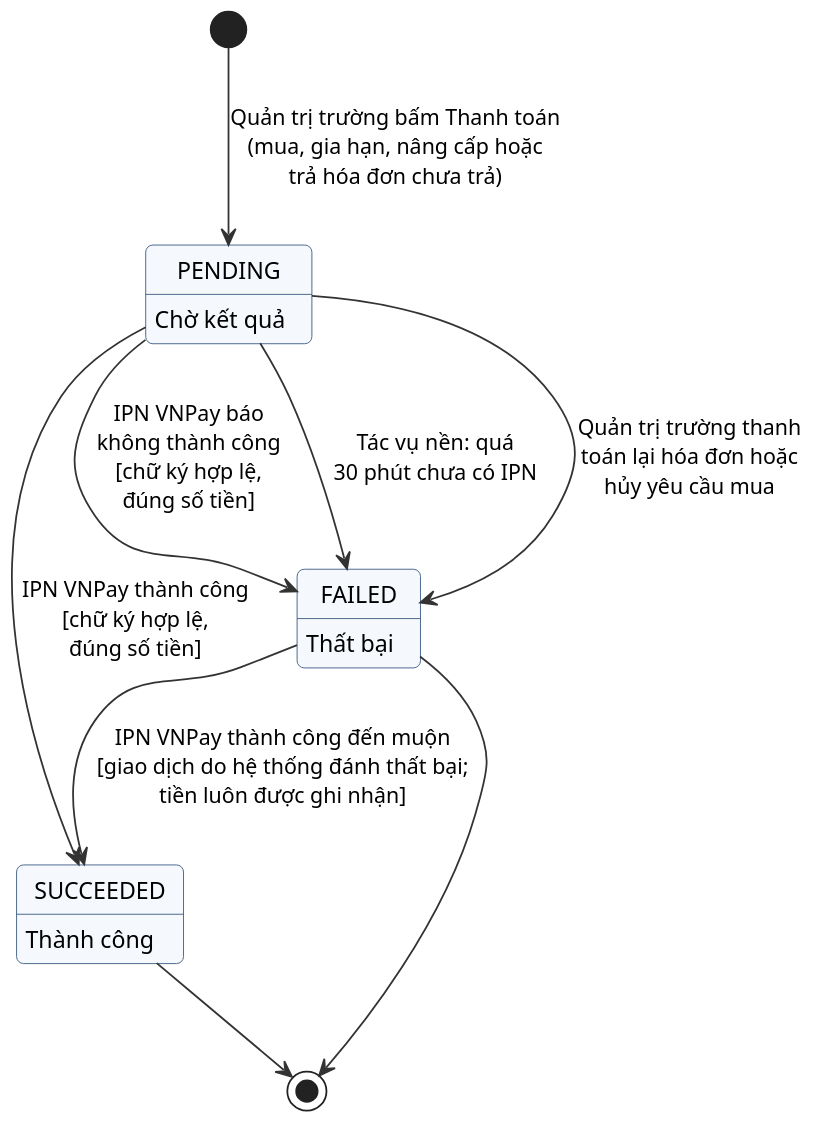
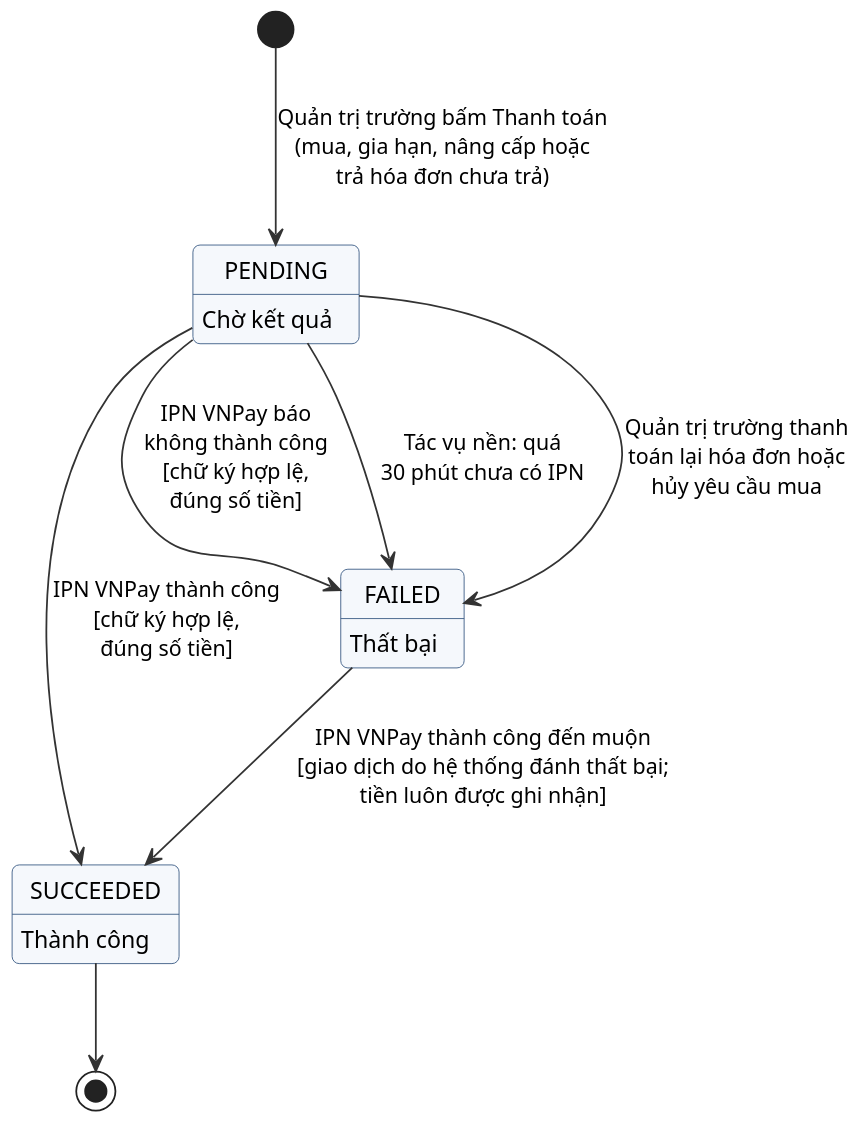
Before and after one commit to Nho2708/BE_Cultural_Heritage-: the diagram in docs/so-do/vi/trang-thai-giao-dich-thanh-toan.puml, drawn with PlantUML. The commit also changed 8 other files, not shown here.

First line of the commit message:
Redraw the architecture as logical tiers and fix final states in payment state machines (#57)

```diff
--- a/docs/so-do/vi/trang-thai-giao-dich-thanh-toan.puml
+++ b/docs/so-do/vi/trang-thai-giao-dich-thanh-toan.puml
@@ -1,38 +1,37 @@
 @startuml
 skinparam defaultFontName Arial
 skinparam defaultFontSize 13
 skinparam dpi 150
 skinparam shadowing false
 skinparam roundCorner 8
 skinparam ArrowColor #333333
 skinparam ArrowFontSize 12
 skinparam ActivityBackgroundColor #F5F8FC
 skinparam ActivityBorderColor #3B5B85
 skinparam ActivityDiamondBackgroundColor #FFF6E5
 skinparam ActivityDiamondBorderColor #B7791F
 skinparam SwimlaneTitleFontStyle bold
 skinparam StateBackgroundColor #F5F8FC
 skinparam StateBorderColor #3B5B85
 skinparam ComponentBackgroundColor #F5F8FC
 skinparam ComponentBorderColor #3B5B85
 skinparam NodeBackgroundColor #FFFFFF
 skinparam NodeBorderColor #555555
 skinparam DatabaseBackgroundColor #F5F8FC
 skinparam CloudBackgroundColor #FFFFFF
 skinparam ClassBackgroundColor #FFFFFF
 skinparam ClassBorderColor #3B5B85
 skinparam ClassHeaderBackgroundColor #E8EEF6
 skinparam PackageBorderColor #8A9BB3
 hide empty description
 state PENDING : Chờ kết quả
 state SUCCEEDED : Thành công
 state FAILED : Thất bại
 [*] --> PENDING : Quản trị trường bấm Thanh toán\n(mua, gia hạn, nâng cấp hoặc\ntrả hóa đơn chưa trả)
 PENDING --> SUCCEEDED : IPN VNPay thành công\n[chữ ký hợp lệ,\nđúng số tiền]
 PENDING --> FAILED : IPN VNPay báo\nkhông thành công\n[chữ ký hợp lệ,\nđúng số tiền]
 PENDING --> FAILED : Tác vụ nền: quá\n30 phút chưa có IPN
 PENDING --> FAILED : Quản trị trường thanh\ntoán lại hóa đơn hoặc\nhủy yêu cầu mua
 FAILED --> SUCCEEDED : IPN VNPay thành công đến muộn\n[giao dịch do hệ thống đánh thất bại;\ntiền luôn được ghi nhận]
-FAILED --> [*]
 SUCCEEDED --> [*]
 @enduml
```
